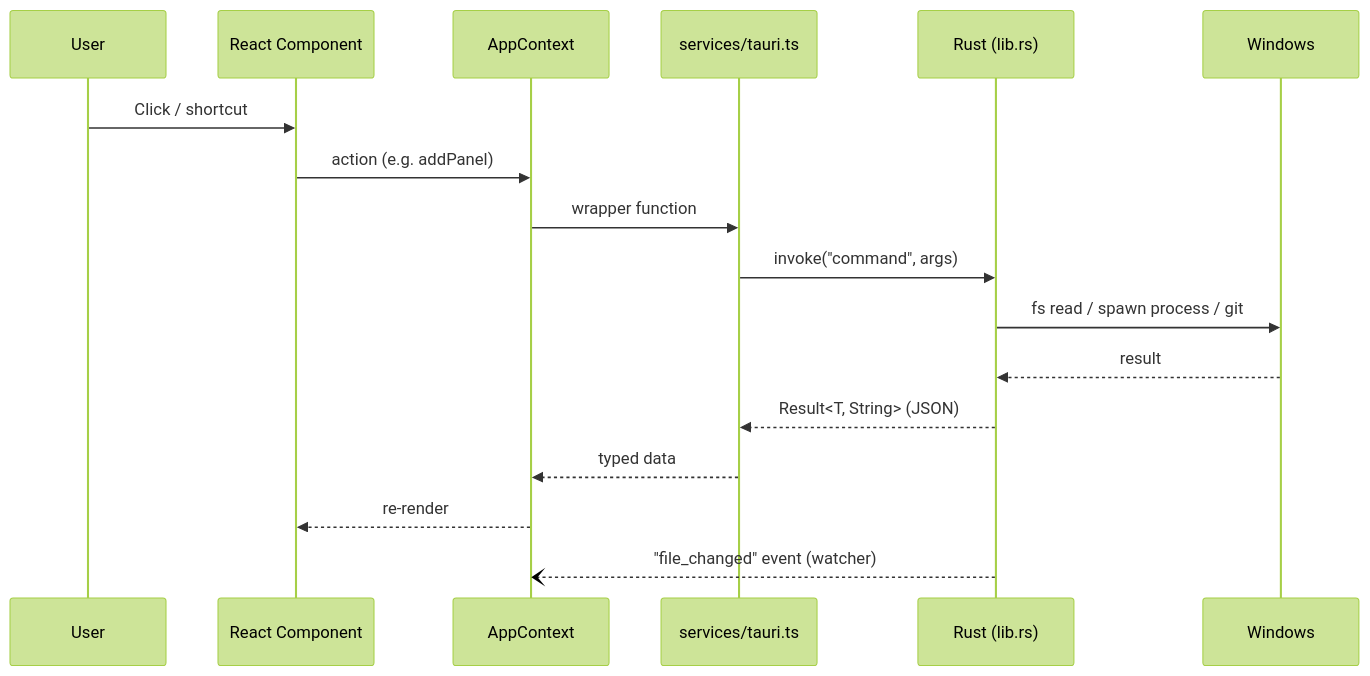
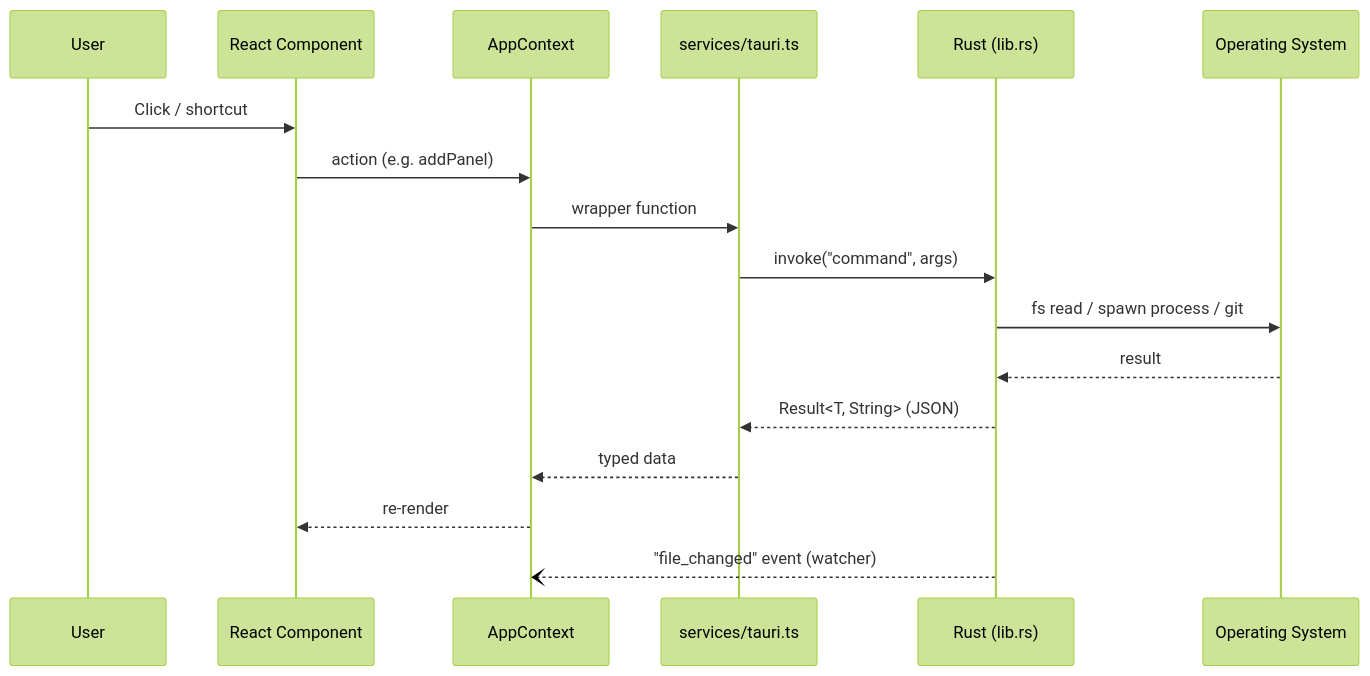
One commit to CristianPreda1609/canopy changed the diagram in README.md. Above: the diagram before and after it, drawn with Mermaid (forest theme). The commit also changed other lines of this file and 2 other files, not shown here.

````diff
--- a/README.md
+++ b/README.md
@@ -242,20 +299,20 @@
 ```mermaid
 sequenceDiagram
     participant User
     participant UI as React Component
     participant Ctx as AppContext
     participant Svc as services/tauri.ts
     participant Rs as Rust (lib.rs)
-    participant OS as Windows
+    participant OS as Operating System
 
     User->>UI: Click / shortcut
     UI->>Ctx: action (e.g. addPanel)
     Ctx->>Svc: wrapper function
     Svc->>Rs: invoke("command", args)
     Rs->>OS: fs read / spawn process / git
     OS-->>Rs: result
     Rs-->>Svc: Result<T, String> (JSON)
     Svc-->>Ctx: typed data
     Ctx-->>UI: re-render
     Rs--)Ctx: "file_changed" event (watcher)
 ```
````
